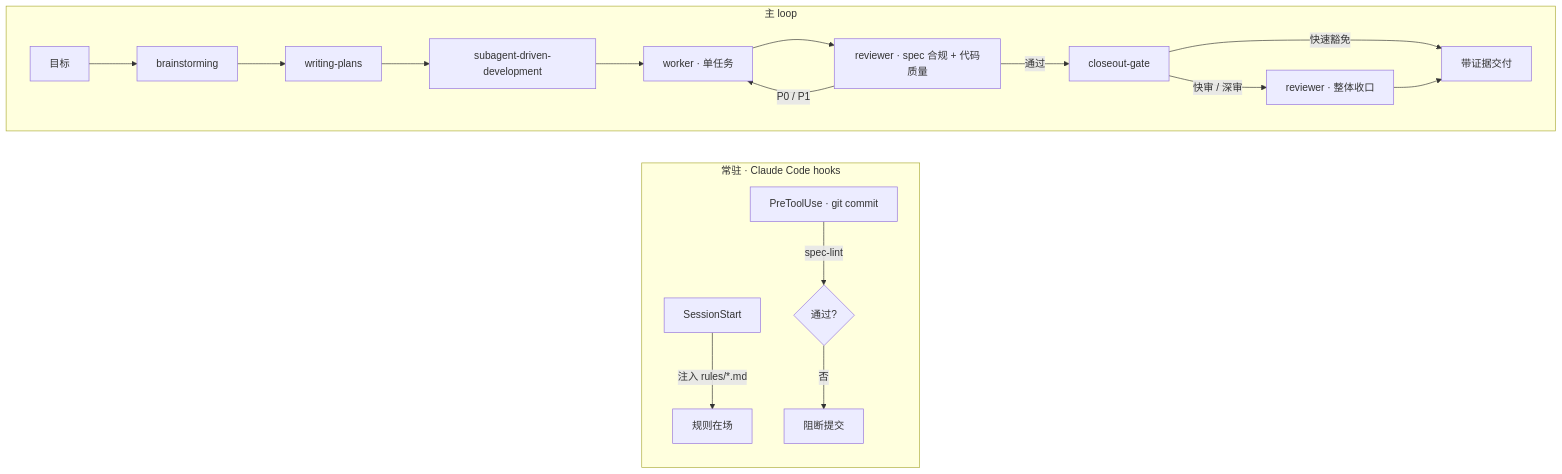
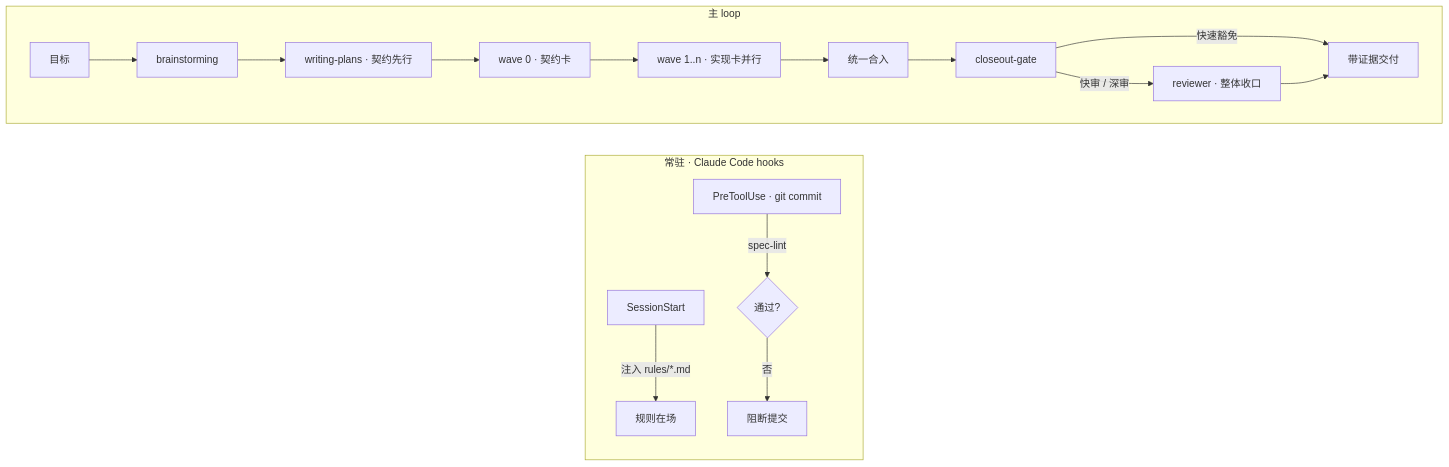
Before and after one commit to Go1c/LumioAgent: the diagram in README.zh-CN.md, drawn with Mermaid. The commit also changed other lines of this file and 27 other files, not shown here.

````diff
--- a/README.zh-CN.md
+++ b/README.zh-CN.md
@@ -98,20 +98,18 @@
 ```mermaid
 flowchart LR
   subgraph hooks["常驻 · Claude Code hooks"]
     direction TB
     S["SessionStart"] -->|"注入 rules/*.md"| R["规则在场"]
     P["PreToolUse · git commit"] -->|"spec-lint"| G{"通过?"}
     G -->|"否"| X["阻断提交"]
   end
 
   subgraph loop["主 loop"]
     direction LR
-    T["目标"] --> BS["brainstorming"] --> WP["writing-plans"] --> SDD["subagent-driven-development"]
-    SDD --> W["worker · 单任务"]
-    W --> RV["reviewer · spec 合规 + 代码质量"]
-    RV -->|"P0 / P1"| W
-    RV -->|"通过"| CG["closeout-gate"]
+    T["目标"] --> BS["brainstorming"] --> WP["writing-plans · 契约先行"]
+    WP --> W0["wave 0 · 契约卡"] --> W1["wave 1..n · 实现卡并行"]
+    W1 --> M["统一合入"] --> CG["closeout-gate"]
     CG -->|"快速豁免"| D["带证据交付"]
-    CG -->|"快审 / 深审"| RV2["reviewer · 整体收口"] --> D
+    CG -->|"快审 / 深审"| RV["reviewer · 整体收口"] --> D
   end
 ```
````
